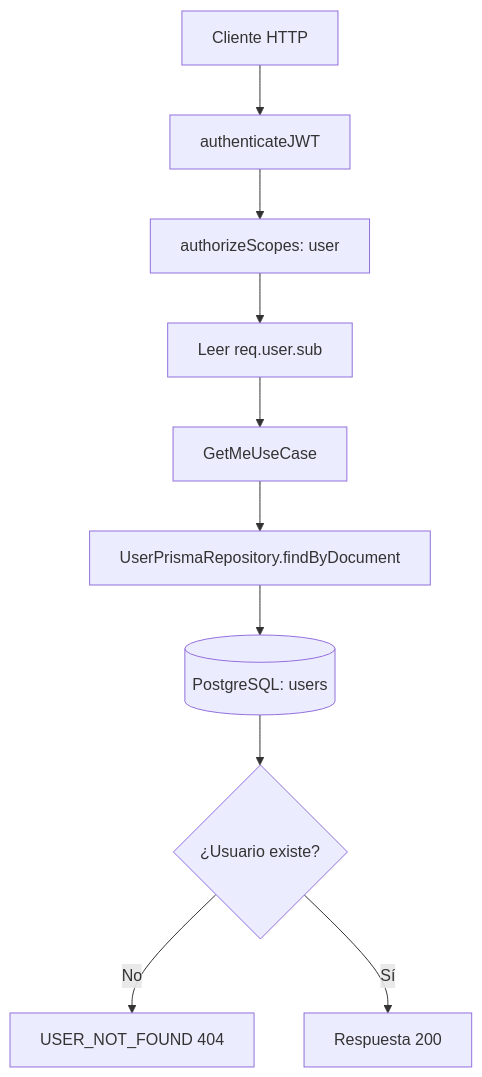
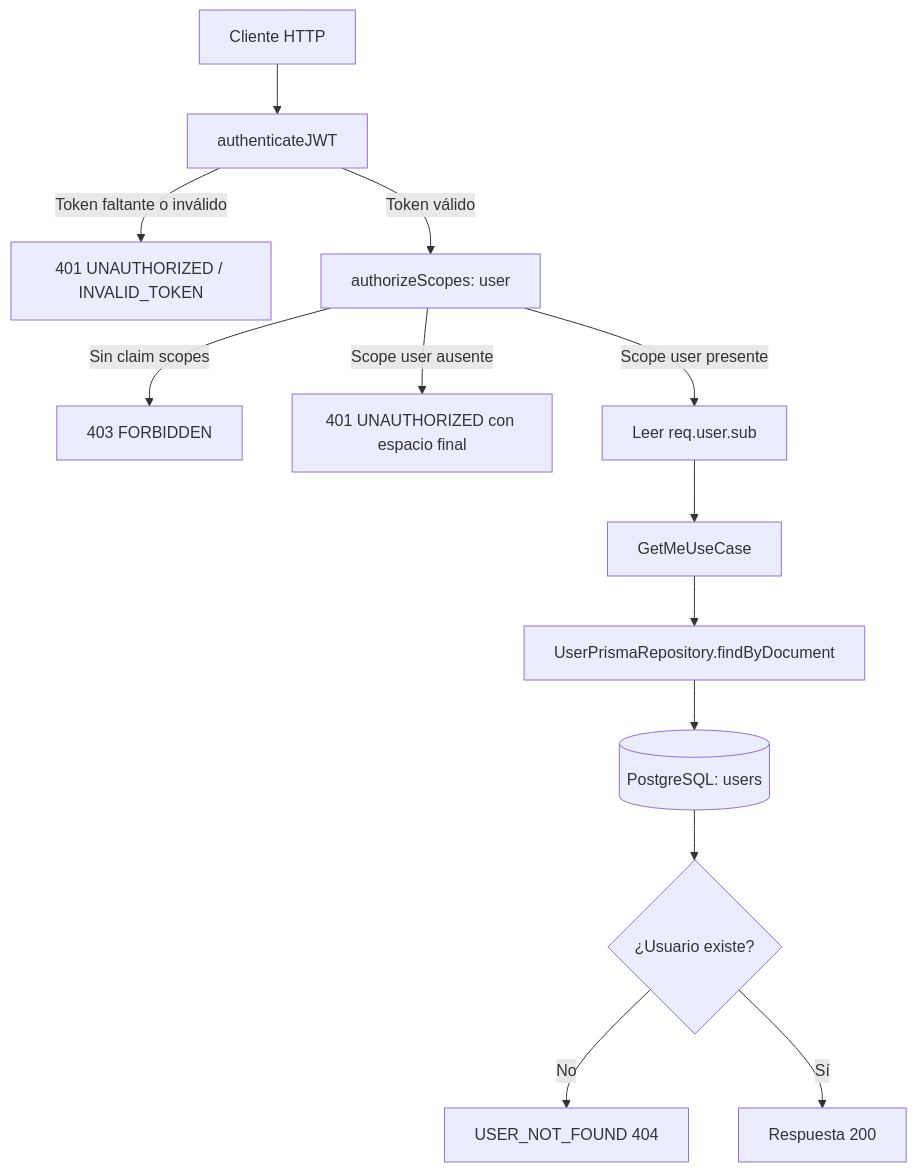
Before and after one commit to jac2206/chasis-express-ts: the diagram in docs/use-case/get-current-user.md, drawn with Mermaid. The commit also changed other lines of this file and 25 other files, not shown here.

````diff
--- a/docs/use-case/get-current-user.md
+++ b/docs/use-case/get-current-user.md
@@ -67,12 +69,15 @@
 ```mermaid
 flowchart TD
     A[Cliente HTTP] --> B[authenticateJWT]
-    B --> C[authorizeScopes: user]
-    C --> D[Leer req.user.sub]
+    B -->|Token faltante o inválido| X[401 UNAUTHORIZED / INVALID_TOKEN]
+    B -->|Token válido| C[authorizeScopes: user]
+    C -->|Sin claim scopes| Y[403 FORBIDDEN]
+    C -->|Scope user ausente| Z[401 UNAUTHORIZED con espacio final]
+    C -->|Scope user presente| D[Leer req.user.sub]
     D --> E[GetMeUseCase]
     E --> F[UserPrismaRepository.findByDocument]
     F --> G[(PostgreSQL: users)]
     G --> H{¿Usuario existe?}
     H -- No --> I[USER_NOT_FOUND 404]
     H -- Sí --> J[Respuesta 200]
 ```
````
